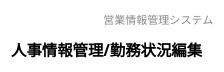
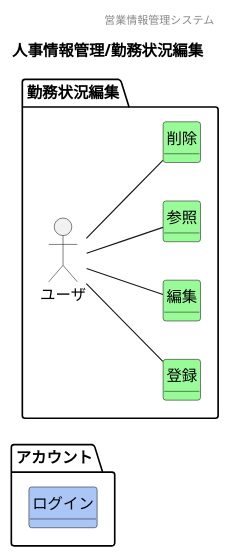
Before and after one commit to HaruShim/Sotuken: the diagram in 各種設計書/1ドメインモデル図/人事情報管理/F14勤務状況編集.plantuml, drawn with PlantUML. The commit also changed 13 other files, not shown here.

```diff
--- a/各種設計書/1ドメインモデル図/人事情報管理/F14勤務状況編集.plantuml
+++ b/各種設計書/1ドメインモデル図/人事情報管理/F14勤務状況編集.plantuml
@@ -1,15 +1,38 @@
 @startuml images/人事情報管理/勤務状況編集
 ' ヘッダー
 header 営業情報管理システム
 ' タイトル
 title 人事情報管理/勤務状況編集
 ' 
 hide circle
 ' 
 hide method
+left to right direction
 
+package "アカウント"{
+    class "ログイン" #A9C6F6
+}
 
+package "勤務状況編集" {
+    'ユーザや外部システム
+    mix_actor "ユーザ"
+    class "登録" #98fb98
+    class "編集" #98fb98
+    class "参照" #98fb98
+    class "削除" #98fb98
+    ' class "" #F5A9BC
+    ' class "" #ffd700
+
+    'モデル同士の関係
+    ユーザ -- 参照
+    ユーザ -- 登録
+    ユーザ -- 編集
+    ユーザ -- 削除
+
+    'ドメインクラスの属性
+
+}
 
 
 
 @enduml
```
